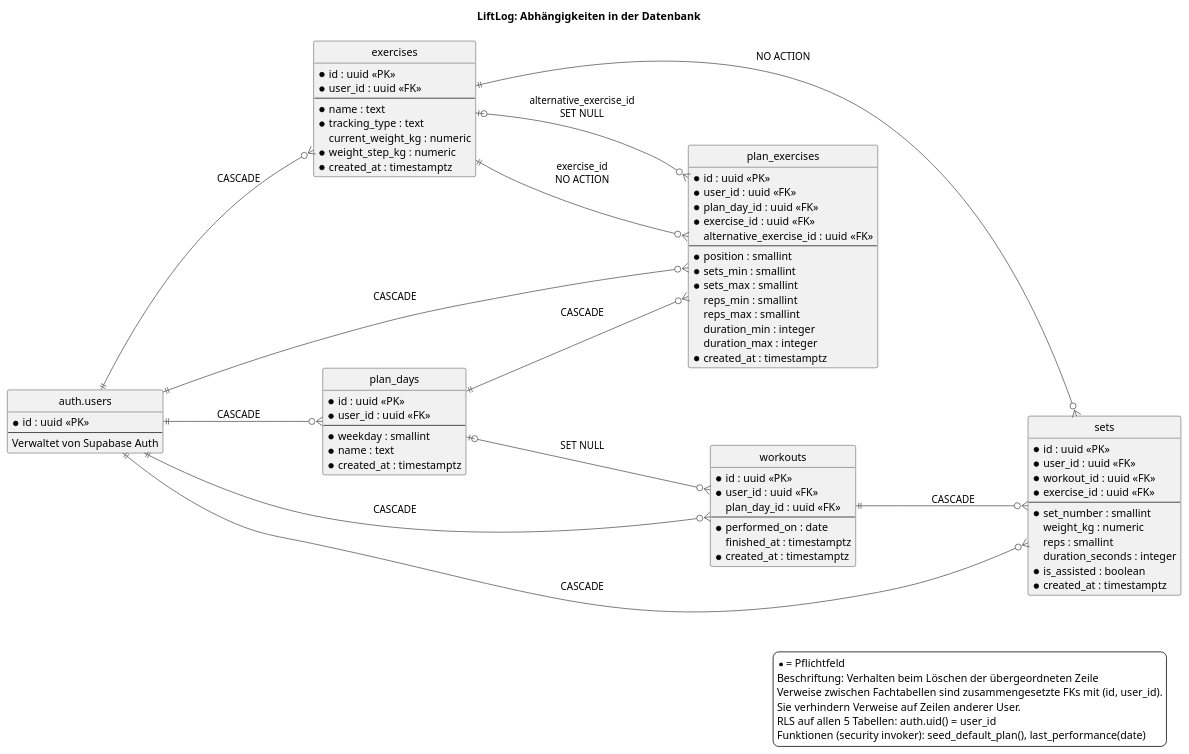
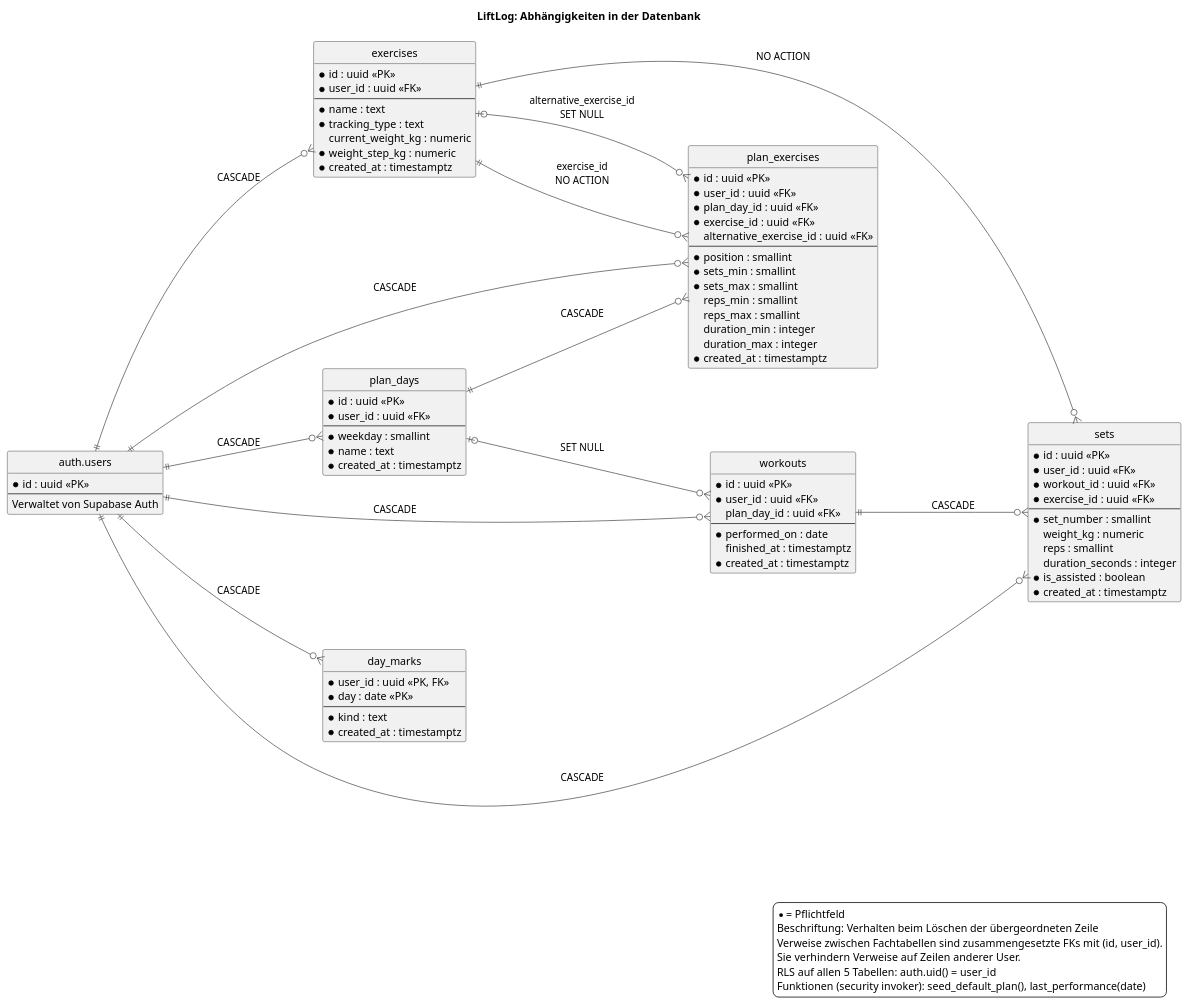
The diagram in docs/database.puml (JR-45/liftlog), drawn with PlantUML before and after one commit. The commit also changed 9 other files, not shown here.

```diff
--- a/docs/database.puml
+++ b/docs/database.puml
@@ -1,103 +1,112 @@
 @startuml database
 title LiftLog: Abhängigkeiten in der Datenbank
 
 left to right direction
 hide circle
 hide methods
 skinparam nodesep 70
 skinparam ranksep 140
 skinparam shadowing false
 skinparam defaultFontName Helvetica
 skinparam ArrowColor #555555
 skinparam legendBackgroundColor #FFFFFF
 
 entity "auth.users" as users {
   * id : uuid <<PK>>
   --
   Verwaltet von Supabase Auth
 }
 
 entity "exercises" as exercises {
   * id : uuid <<PK>>
   * user_id : uuid <<FK>>
   --
   * name : text
   * tracking_type : text
   current_weight_kg : numeric
   * weight_step_kg : numeric
   * created_at : timestamptz
 }
 
 entity "plan_days" as plan_days {
   * id : uuid <<PK>>
   * user_id : uuid <<FK>>
   --
   * weekday : smallint
   * name : text
   * created_at : timestamptz
 }
 
 entity "plan_exercises" as plan_exercises {
   * id : uuid <<PK>>
   * user_id : uuid <<FK>>
   * plan_day_id : uuid <<FK>>
   * exercise_id : uuid <<FK>>
   alternative_exercise_id : uuid <<FK>>
   --
   * position : smallint
   * sets_min : smallint
   * sets_max : smallint
   reps_min : smallint
   reps_max : smallint
   duration_min : integer
   duration_max : integer
   * created_at : timestamptz
 }
 
 entity "workouts" as workouts {
   * id : uuid <<PK>>
   * user_id : uuid <<FK>>
   plan_day_id : uuid <<FK>>
   --
   * performed_on : date
   finished_at : timestamptz
   * created_at : timestamptz
 }
 
+entity "day_marks" as day_marks {
+  * user_id : uuid <<PK, FK>>
+  * day : date <<PK>>
+  --
+  * kind : text
+  * created_at : timestamptz
+}
+
 entity "sets" as sets {
   * id : uuid <<PK>>
   * user_id : uuid <<FK>>
   * workout_id : uuid <<FK>>
   * exercise_id : uuid <<FK>>
   --
   * set_number : smallint
   weight_kg : numeric
   reps : smallint
   duration_seconds : integer
   * is_assisted : boolean
   * created_at : timestamptz
 }
 
 plan_days ||--o{ plan_exercises : "CASCADE"
 exercises ||--o{ plan_exercises : "exercise_id\nNO ACTION"
 exercises |o--o{ plan_exercises : "alternative_exercise_id\nSET NULL"
 plan_days |o--o{ workouts : "SET NULL"
 workouts ||--o{ sets : "CASCADE"
 exercises ||--o{ sets : "NO ACTION"
 
 users ||--o{ exercises : "CASCADE"
 users ||--o{ plan_days : "CASCADE"
 users ||--o{ workouts : "CASCADE"
 users ||--o{ plan_exercises : "CASCADE"
 users ||--o{ sets : "CASCADE"
+users ||--o{ day_marks : "CASCADE"
 
 legend right
   * = Pflichtfeld
   Beschriftung: Verhalten beim Löschen der übergeordneten Zeile
   Verweise zwischen Fachtabellen sind zusammengesetzte FKs mit (id, user_id).
   Sie verhindern Verweise auf Zeilen anderer User.
   RLS auf allen 5 Tabellen: auth.uid() = user_id
   Funktionen (security invoker): seed_default_plan(), last_performance(date)
 endlegend
 
 @enduml
```
